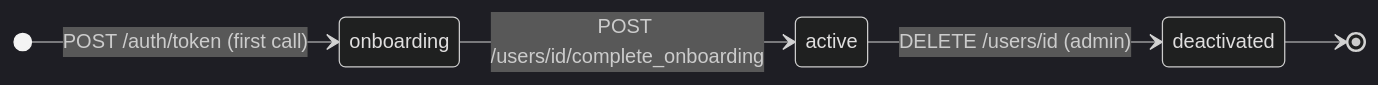
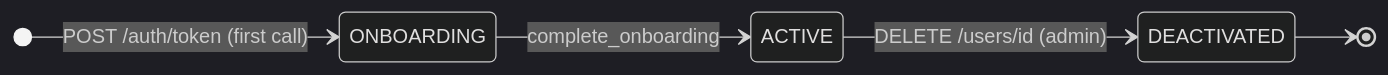
Before and after one commit to anu19981/aarokya-backend: the second of 2 diagrams in api-reference/modules/overview.mdx, drawn with Mermaid (dark theme). The commit also changed other lines of this file and 82 other files, not shown here.

````diff
--- a/api-reference/modules/overview.mdx
+++ b/api-reference/modules/overview.mdx
@@ -113,8 +222,8 @@
 ```mermaid
 stateDiagram-v2
     direction LR
-    [*] --> onboarding: POST /auth/token (first call)
-    onboarding --> active: POST /users/id/complete_onboarding
-    active --> deactivated: DELETE /users/id (admin)
-    deactivated --> [*]
+    [*] --> ONBOARDING: POST /auth/token (first call)
+    ONBOARDING --> ACTIVE: complete_onboarding
+    ACTIVE --> DEACTIVATED: DELETE /users/id (admin)
+    DEACTIVATED --> [*]
 ```
````
